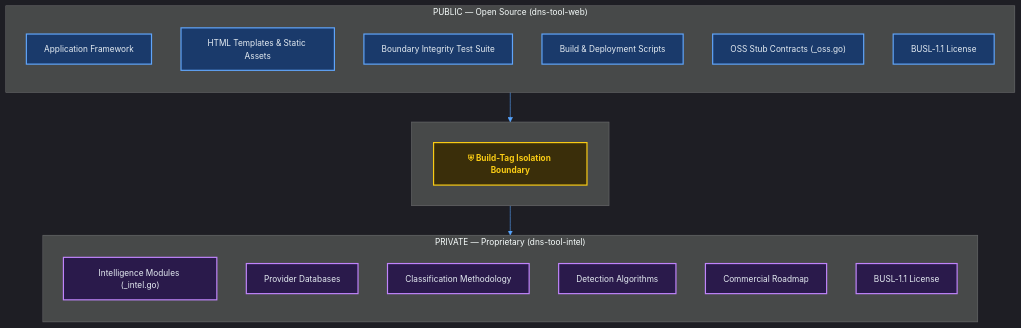
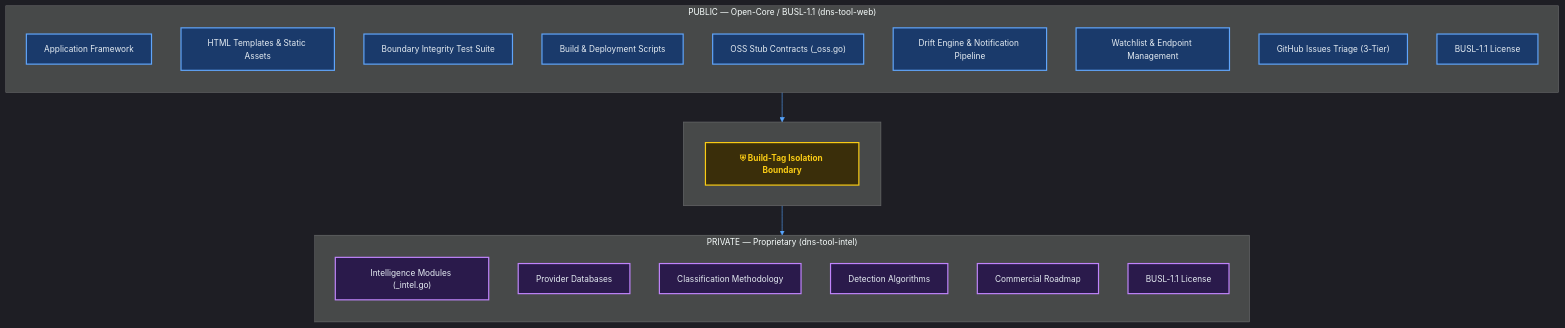
One commit to IT-Help-San-Diego/off-site-backup changed the diagram in docs/diagrams/open-core-architecture.mmd. Above: the diagram before and after it, drawn with Mermaid. The commit also changed 718 other files, not shown here.

First line of the commit message:
Sync to canonical dns-tool-intel (Phase 1 complete)

```diff
--- a/docs/diagrams/open-core-architecture.mmd
+++ b/docs/diagrams/open-core-architecture.mmd
@@ -1,33 +1,36 @@
 %%{ init: { 'theme': 'dark', 'themeVariables': { 'primaryColor': '#1e3a5f', 'primaryTextColor': '#e6edf3', 'primaryBorderColor': '#58a6ff', 'lineColor': '#58a6ff', 'secondaryColor': '#0c1018', 'tertiaryColor': '#111720', 'fontSize': '14px' } } }%%
 graph TB
-    subgraph public["PUBLIC — Open Source (dns-tool-web)"]
+    subgraph public["PUBLIC — Open-Core / BUSL-1.1 (dns-tool-web)"]
         direction TB
         FW["Application Framework"]:::blue
         TPL["HTML Templates &amp; Static Assets"]:::blue
         TEST["Boundary Integrity Test Suite"]:::blue
         BUILD["Build &amp; Deployment Scripts"]:::blue
         STUB["OSS Stub Contracts (_oss.go)"]:::blue
+        DRIFT["Drift Engine &amp; Notification Pipeline"]:::blue
+        WATCH["Watchlist &amp; Endpoint Management"]:::blue
+        TRIAGE["GitHub Issues Triage (3-Tier)"]:::blue
         LIC1["BUSL-1.1 License"]:::blue
     end
 
     subgraph boundary[" "]
         direction LR
         WALL["⛨ Build-Tag Isolation Boundary"]:::wall
     end
 
     subgraph private["PRIVATE — Proprietary (dns-tool-intel)"]
         direction TB
         INTEL["Intelligence Modules (_intel.go)"]:::purple
         PROV["Provider Databases"]:::purple
         CLASS["Classification Methodology"]:::purple
         DETECT["Detection Algorithms"]:::purple
         ROAD["Commercial Roadmap"]:::purple
         LIC2["BUSL-1.1 License"]:::purple
     end
 
     public --> boundary
     boundary --> private
 
     classDef blue fill:#1a3a6b,stroke:#60a5fa,stroke-width:2px,color:#e6edf3
     classDef purple fill:#2a1a4b,stroke:#c084fc,stroke-width:2px,color:#e6edf3
     classDef wall fill:#3a2e0a,stroke:#facc15,stroke-width:2px,color:#facc15,font-weight:bold
```
